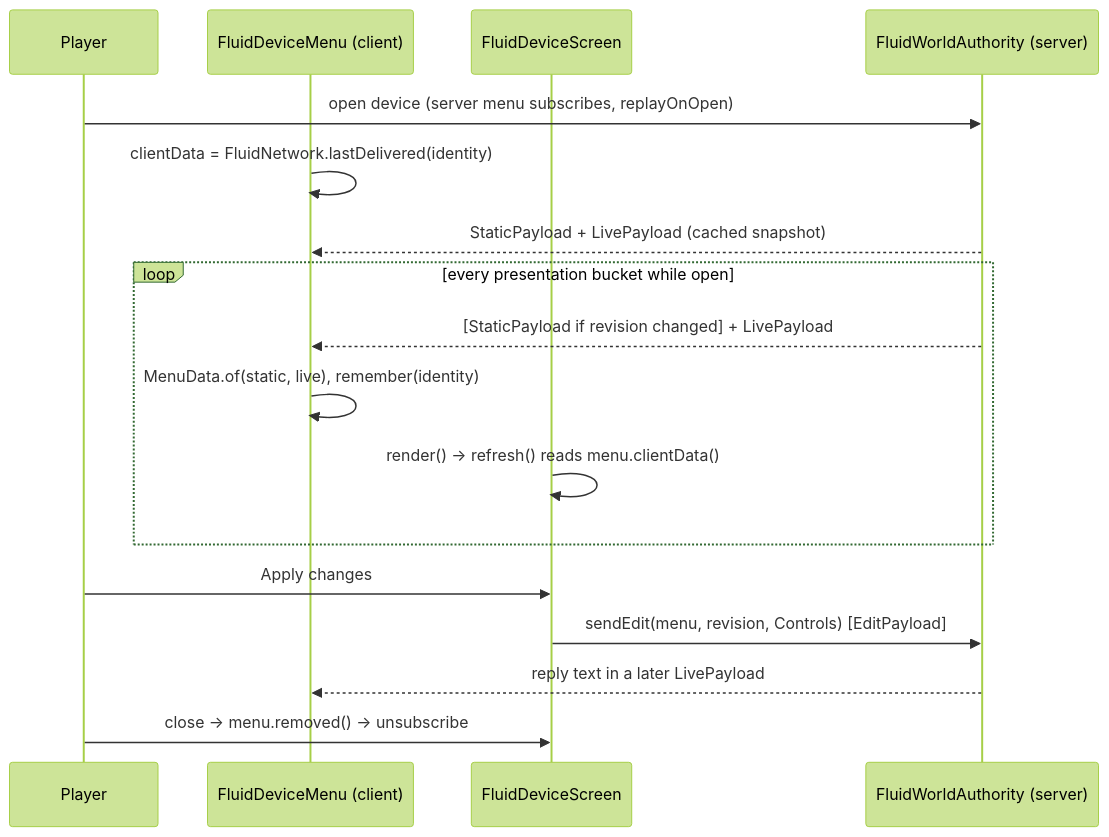
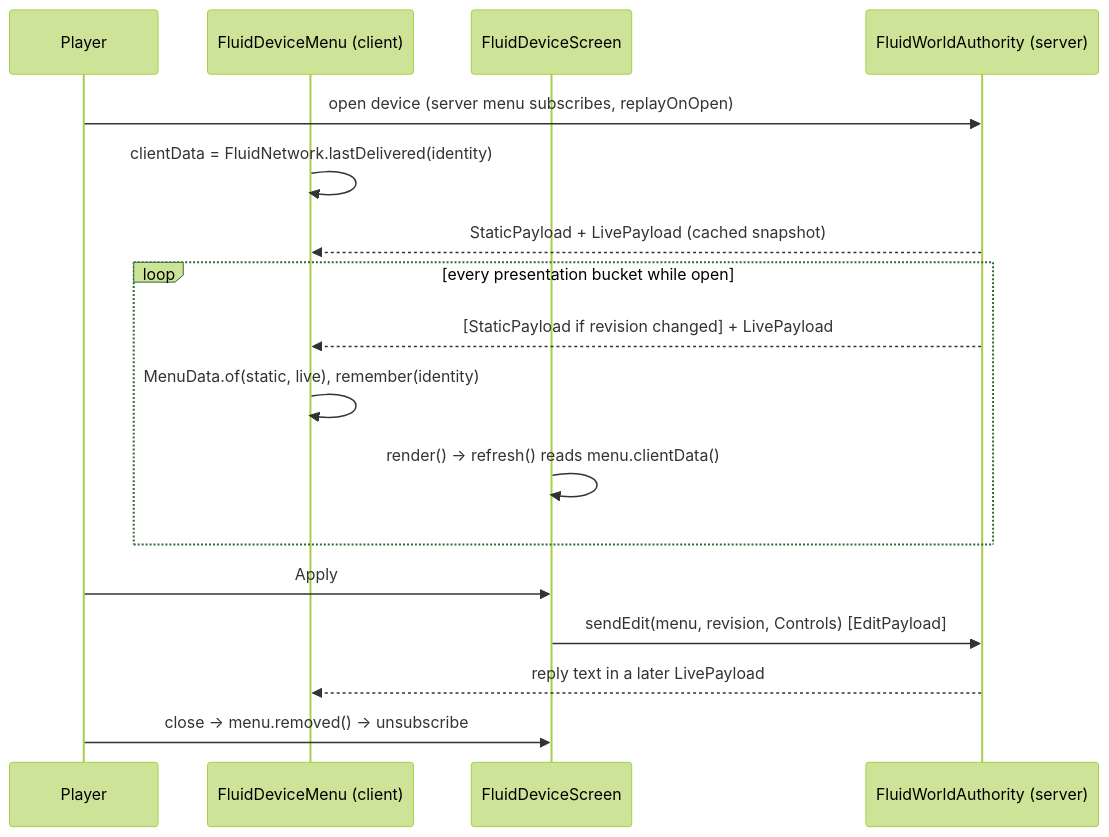
The second of 3 diagrams in documentation/reference/code-guide/client-gui.md (wormzjl/Industrial-Chemical-Engineering), drawn with Mermaid (forest theme) before and after one commit. The commit also changed other lines of this file and 10 other files, not shown here.

````diff
--- a/documentation/reference/code-guide/client-gui.md
+++ b/documentation/reference/code-guide/client-gui.md
@@ -115,19 +136,19 @@
 ```mermaid
 sequenceDiagram
     participant P as Player
     participant M as FluidDeviceMenu (client)
     participant S as FluidDeviceScreen
     participant W as FluidWorldAuthority (server)
     P->>W: open device (server menu subscribes, replayOnOpen)
     M->>M: clientData = FluidNetwork.lastDelivered(identity)
     W-->>M: StaticPayload + LivePayload (cached snapshot)
     loop every presentation bucket while open
         W-->>M: [StaticPayload if revision changed] + LivePayload
         M->>M: MenuData.of(static, live), remember(identity)
         S->>S: render() -> refresh() reads menu.clientData()
     end
-    P->>S: Apply changes
+    P->>S: Apply
     S->>W: sendEdit(menu, revision, Controls) [EditPayload]
     W-->>M: reply text in a later LivePayload
     P->>S: close -> menu.removed() -> unsubscribe
 ```
````
